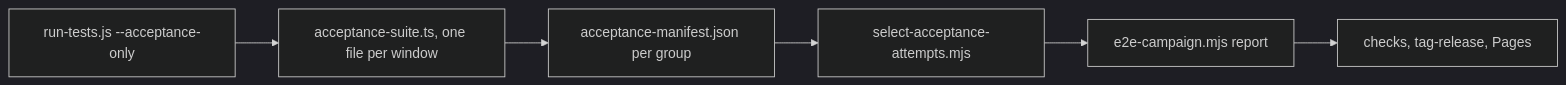
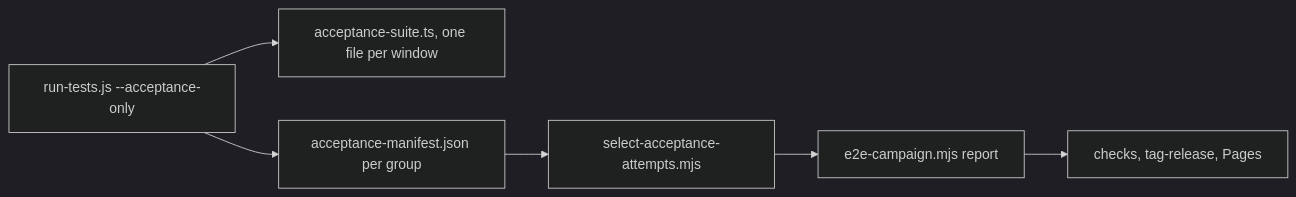
The diagram in projects/markdown-okf-schema-studio/changes/4-batch/2-actives/505-strs-acceptance-tests-and-okfreq-mode-sw/work/pr-body.md (gsemet/gsemet-foss-planning-surface), drawn with Mermaid (dark theme) before and after one commit. The commit also changed other lines of this file, not shown here.

Commit message:
chantier: markdown-okf-schema-studio: 1 files
projects/markdown-okf-schema-studio/changes/4-batch/2-actives/505-strs-acceptance-tests-and-okfreq-mode-sw/work/pr-body.md

````diff
--- a/projects/markdown-okf-schema-studio/changes/4-batch/2-actives/505-strs-acceptance-tests-and-okfreq-mode-sw/work/pr-body.md
+++ b/projects/markdown-okf-schema-studio/changes/4-batch/2-actives/505-strs-acceptance-tests-and-okfreq-mode-sw/work/pr-body.md
@@ -7,8 +7,8 @@
 ```mermaid
 flowchart LR
   runner["run-tests.js --acceptance-only"] --> suite["acceptance-suite.ts, one file per window"]
-  suite --> manifest["acceptance-manifest.json per group"]
+  runner --> manifest["acceptance-manifest.json per group"]
   manifest --> select["select-acceptance-attempts.mjs"]
   select --> campaign["e2e-campaign.mjs report"]
   campaign --> gate["checks, tag-release, Pages"]
 ```
````
